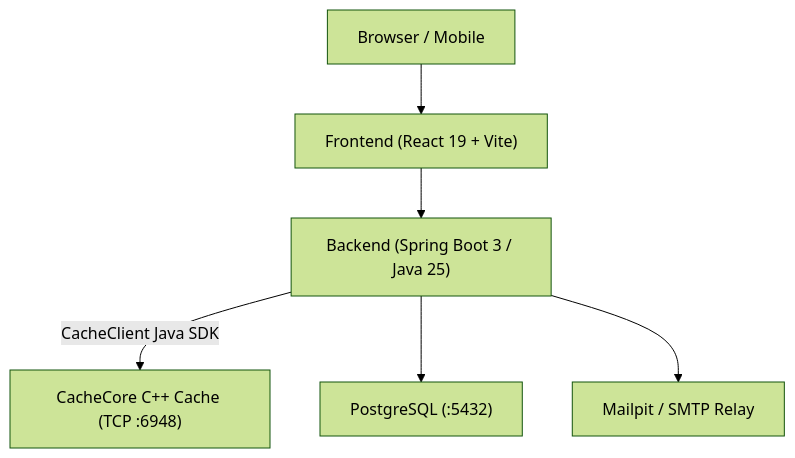
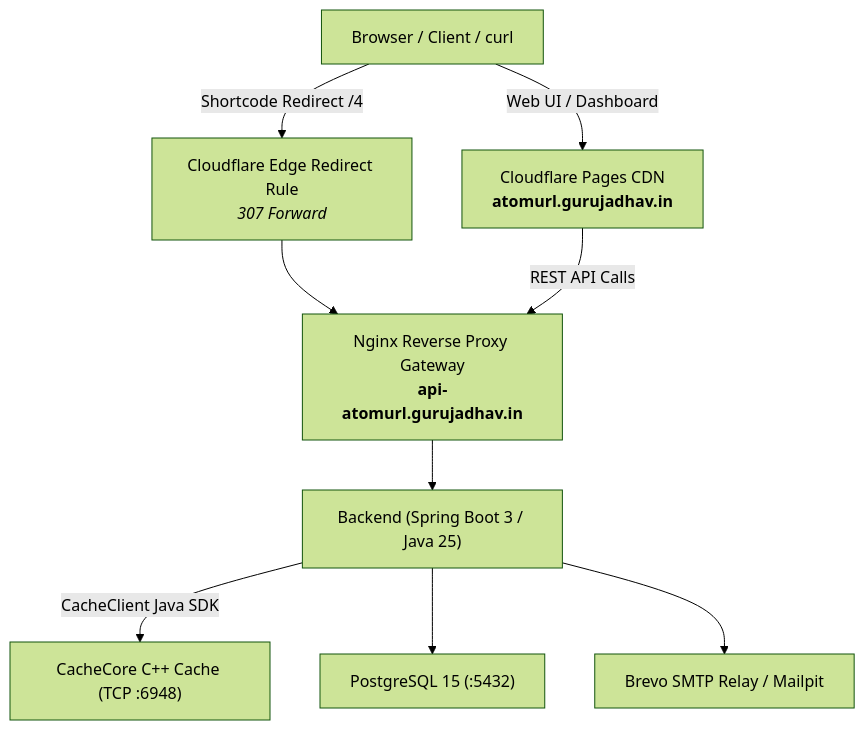
One commit to guru-jadhav/atomurl changed the diagram in README.md. Above: the diagram before and after it, drawn with Mermaid (forest theme). The commit also changed other lines of this file and 7 other files, not shown here.

````diff
--- a/README.md
+++ b/README.md
@@ -17,8 +23,11 @@
 ```mermaid
 flowchart TD
-    Client["Browser / Mobile"] --> Frontend["Frontend (React 19 + Vite)"]
-    Frontend --> Backend["Backend (Spring Boot 3 / Java 25)"]
+    Client["Browser / Client / curl"] -->|Web UI / Dashboard| Pages["Cloudflare Pages CDN<br><b>atomurl.gurujadhav.in</b>"]
+    Client -->|Shortcode Redirect /4| CF_Rules["Cloudflare Edge Redirect Rule<br><i>307 Forward</i>"]
+    CF_Rules --> Nginx["Nginx Reverse Proxy Gateway<br><b>api-atomurl.gurujadhav.in</b>"]
+    Pages -->|REST API Calls| Nginx
+    Nginx --> Backend["Backend (Spring Boot 3 / Java 25)"]
     Backend -->|CacheClient Java SDK| CacheCore["CacheCore C++ Cache (TCP :6948)"]
-    Backend --> Postgres["PostgreSQL (:5432)"]
-    Backend --> Mailpit["Mailpit / SMTP Relay"]
+    Backend --> Postgres["PostgreSQL 15 (:5432)"]
+    Backend --> Mailpit["Brevo SMTP Relay / Mailpit"]
 ```
````
